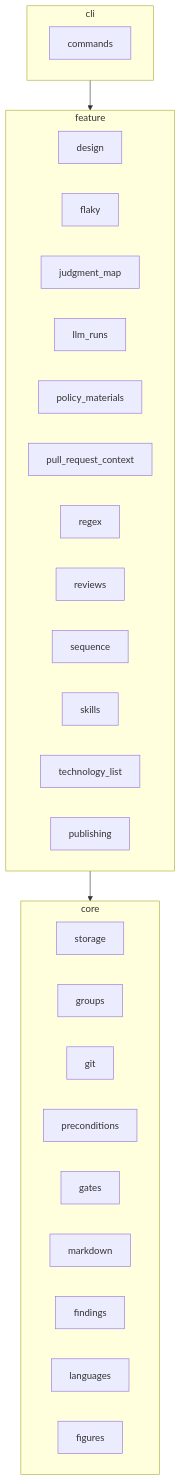
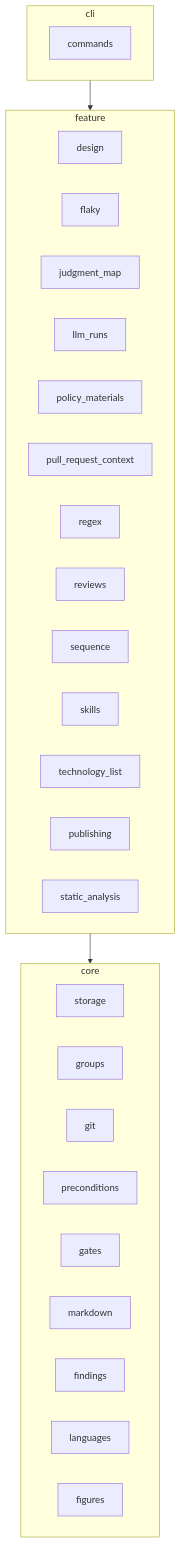
Before and after one commit to kokiTakashiki/jigane: the diagram in jigane/README.md, drawn with Mermaid. The commit also changed other lines of this file and 73 other files, not shown here.

````diff
--- a/jigane/README.md
+++ b/jigane/README.md
@@ -55,33 +56,34 @@
 ```mermaid
 flowchart TB
     subgraph core
         storage
         groups
         git
         preconditions
         gates
         markdown
         findings
         languages
         figures
     end
     subgraph feature
         design
         flaky
         judgment_map
         llm_runs
         policy_materials
         pull_request_context
         regex
         reviews
         sequence
         skills
         technology_list
         publishing
+        static_analysis
     end
     subgraph cli
         commands
     end
     cli --> feature
     feature --> core
 ```
````
